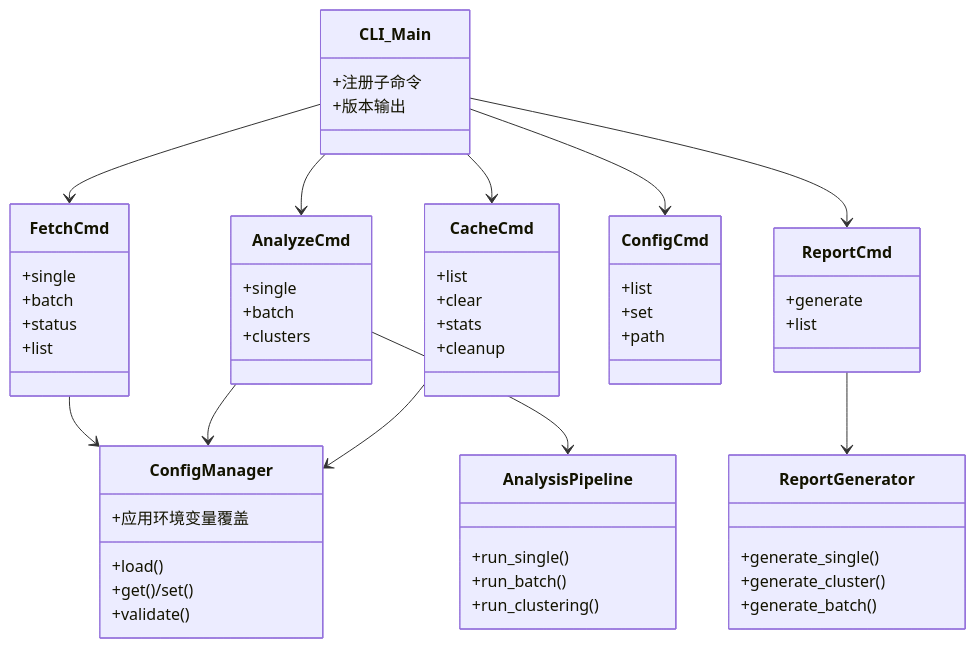
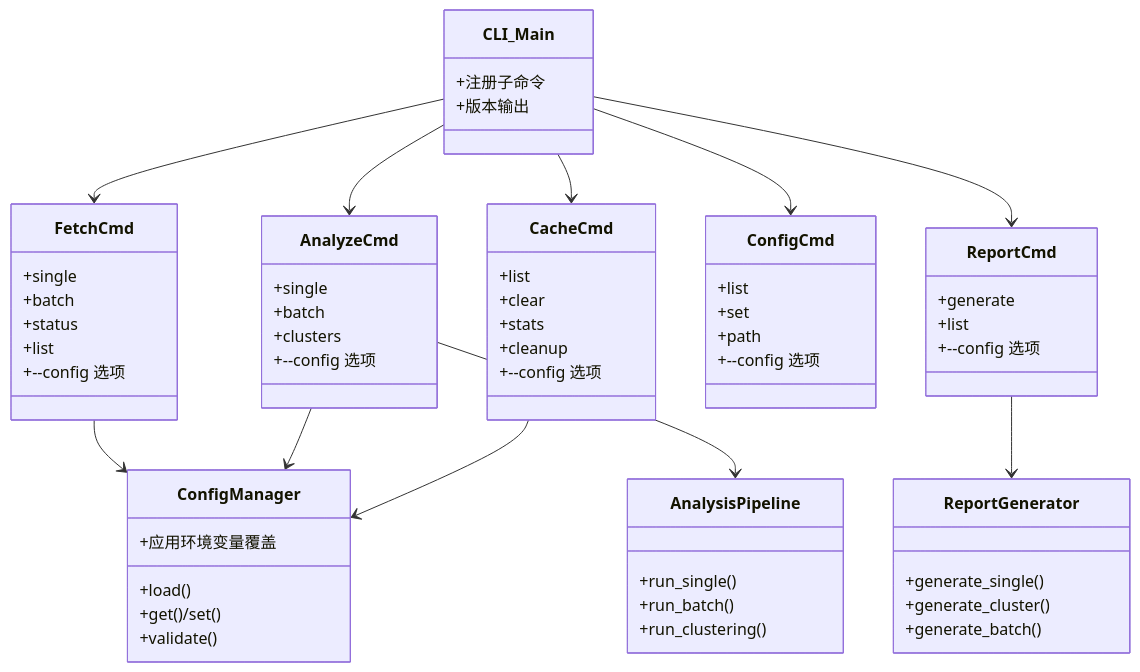
One commit to boyingliu01/fault-review-analyzer changed the third of 3 diagrams in .qoder/repowiki/zh/content/命令行工具/命令行工具.md. Above: the diagram before and after it, drawn with Mermaid. The commit also changed other lines of this file and 30 other files, not shown here.

````diff
--- a/.qoder/repowiki/zh/content/命令行工具/命令行工具.md
+++ b/.qoder/repowiki/zh/content/命令行工具/命令行工具.md
@@ -231,59 +268,64 @@
 ```mermaid
 classDiagram
 class CLI_Main {
 +注册子命令
 +版本输出
 }
 class FetchCmd {
 +single
 +batch
 +status
 +list
++--config 选项
 }
 class AnalyzeCmd {
 +single
 +batch
 +clusters
++--config 选项
 }
 class ReportCmd {
 +generate
 +list
++--config 选项
 }
 class ConfigCmd {
 +list
 +set
 +path
++--config 选项
 }
 class CacheCmd {
 +list
 +clear
 +stats
 +cleanup
++--config 选项
 }
 class ConfigManager {
 +load()
 +get()/set()
 +validate()
 +应用环境变量覆盖
 }
 class AnalysisPipeline {
 +run_single()
 +run_batch()
 +run_clustering()
 }
 class ReportGenerator {
 +generate_single()
 +generate_cluster()
 +generate_batch()
 }
 CLI_Main --> FetchCmd
 CLI_Main --> AnalyzeCmd
 CLI_Main --> ReportCmd
 CLI_Main --> ConfigCmd
 CLI_Main --> CacheCmd
 FetchCmd --> ConfigManager
 AnalyzeCmd --> ConfigManager
 AnalyzeCmd --> AnalysisPipeline
 ReportCmd --> ReportGenerator
 CacheCmd --> ConfigManager
 ```
````
